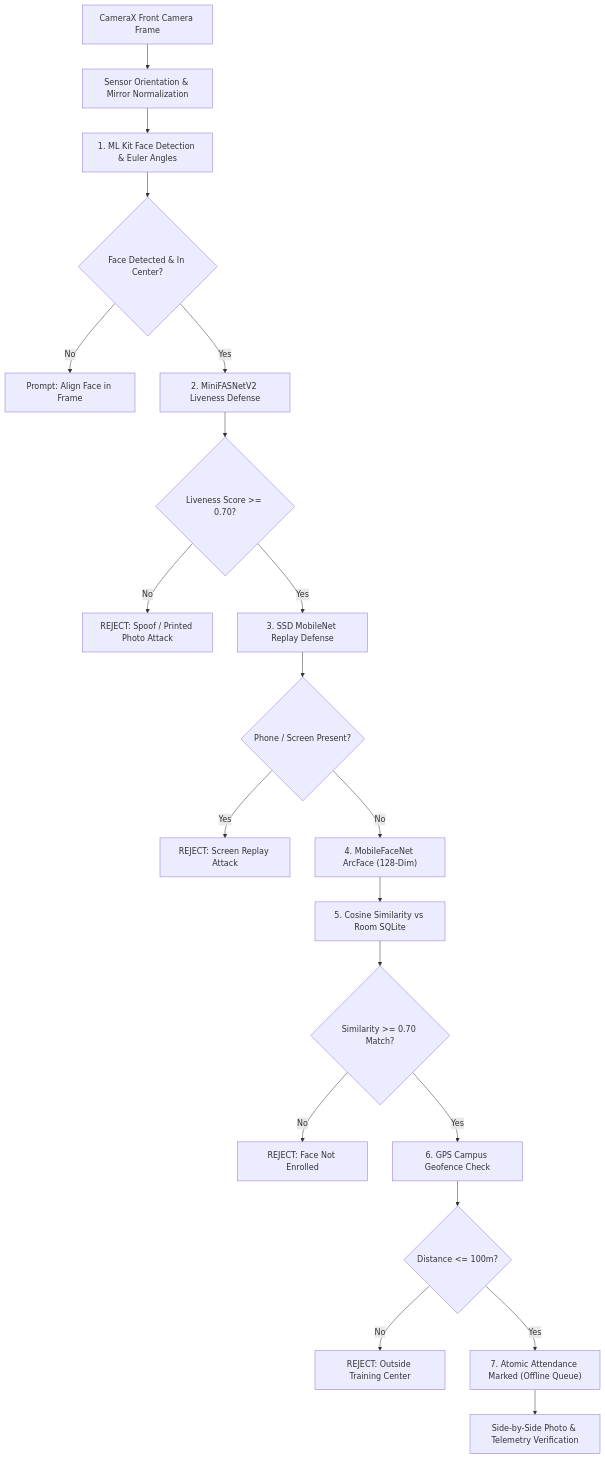
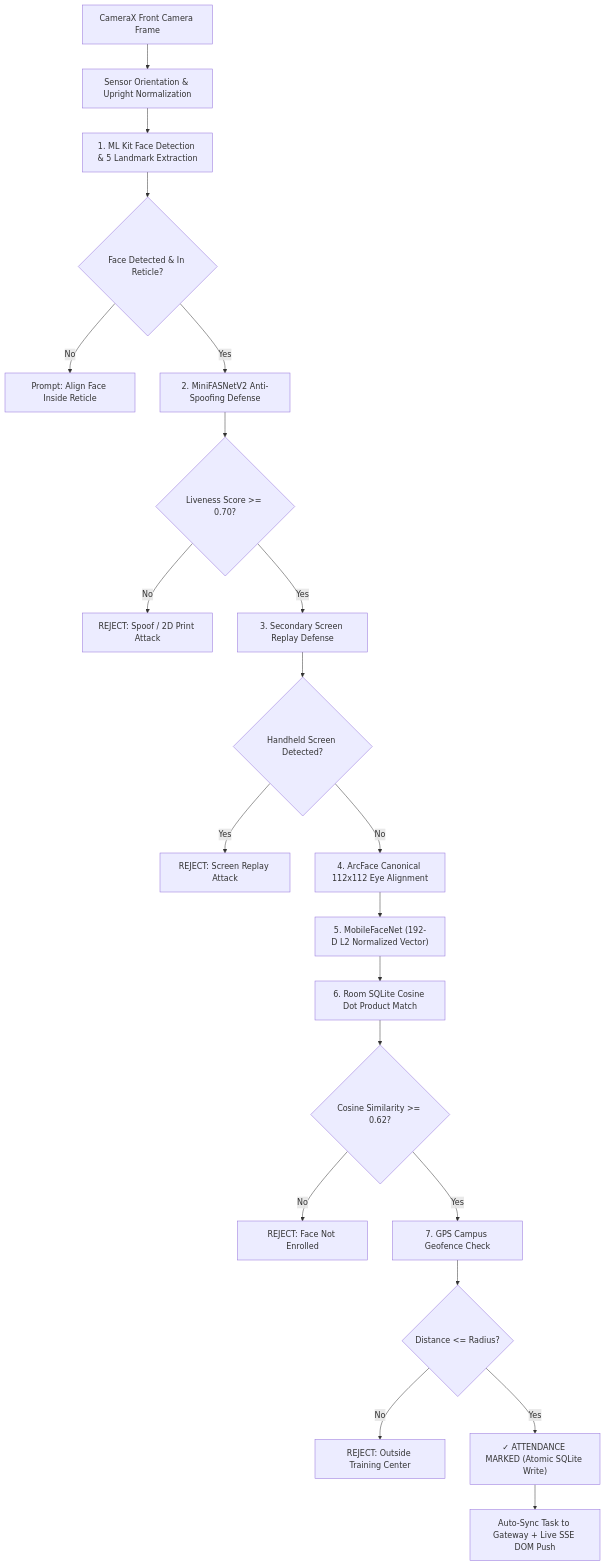
Before and after one commit to NISHANTTMAURYA/sih20687: the diagram in README.md, drawn with Mermaid. The commit also changed other lines of this file and 26 other files, not shown here.

Commit message:
feat(security & offline): add 3-layer liveness anti-spoofing, non-human/cat face rejection, dual-provider offline GPS geofencing, and server enrollment photo security gate

````diff
--- a/README.md
+++ b/README.md
@@ -75,22 +60,23 @@
 ```mermaid
 flowchart TD
-    A["CameraX Front Camera Frame"] --> B["Sensor Orientation & Mirror Normalization"]
-    B --> C["1. ML Kit Face Detection & Euler Angles"]
-    C --> D{"Face Detected & In Center?"}
-    D -- No --> E["Prompt: Align Face in Frame"]
-    D -- Yes --> F["2. MiniFASNetV2 Liveness Defense"]
+    A["CameraX Front Camera Frame"] --> B["Sensor Orientation & Upright Normalization"]
+    B --> C["1. ML Kit Face Detection & 5 Landmark Extraction"]
+    C --> D{"Face Detected & In Reticle?"}
+    D -- No --> E["Prompt: Align Face Inside Reticle"]
+    D -- Yes --> F["2. MiniFASNetV2 Anti-Spoofing Defense"]
     F --> G{"Liveness Score >= 0.70?"}
-    G -- No --> H["REJECT: Spoof / Printed Photo Attack"]
-    G -- Yes --> I["3. SSD MobileNet Replay Defense"]
-    I --> J{"Phone / Screen Present?"}
+    G -- No --> H["REJECT: Spoof / 2D Print Attack"]
+    G -- Yes --> I["3. Secondary Screen Replay Defense"]
+    I --> J{"Handheld Screen Detected?"}
     J -- Yes --> K["REJECT: Screen Replay Attack"]
-    J -- No --> L["4. MobileFaceNet ArcFace (128-Dim)"]
-    L --> M["5. Cosine Similarity vs Room SQLite"]
-    M --> N{"Similarity >= 0.70 Match?"}
-    N -- No --> O["REJECT: Face Not Enrolled"]
-    N -- Yes --> P["6. GPS Campus Geofence Check"]
-    P --> Q{"Distance <= 100m?"}
-    Q -- No --> R["REJECT: Outside Training Center"]
-    Q -- Yes --> S["7. Atomic Attendance Marked (Offline Queue)"]
-    S --> T["Side-by-Side Photo & Telemetry Verification"]
+    J -- No --> L["4. ArcFace Canonical 112x112 Eye Alignment"]
+    L --> M["5. MobileFaceNet (192-D L2 Normalized Vector)"]
+    M --> N["6. Room SQLite Cosine Dot Product Match"]
+    N --> O{"Cosine Similarity >= 0.62?"}
+    O -- No --> P["REJECT: Face Not Enrolled"]
+    O -- Yes --> Q["7. GPS Campus Geofence Check"]
+    Q --> R{"Distance <= Radius?"}
+    R -- No --> S["REJECT: Outside Training Center"]
+    R -- Yes --> T["✓ ATTENDANCE MARKED (Atomic SQLite Write)"]
+    T --> U["Auto-Sync Task to Gateway + Live SSE DOM Push"]
 ```
````
